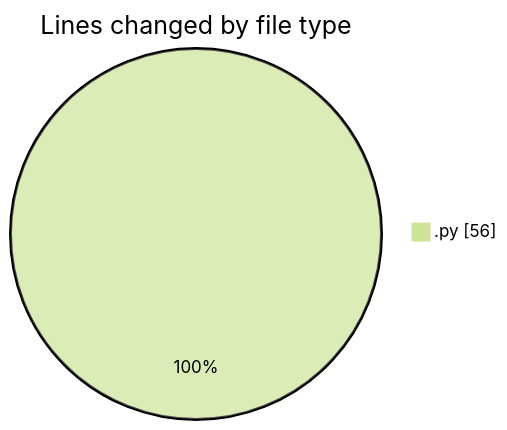
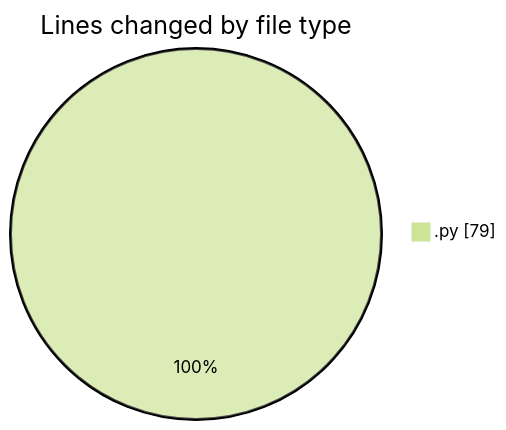
One commit to MatusMokan/code-tracking changed the first of 2 diagrams in 2025-11-15/untitled__workspace_/README.md. Above: the diagram before and after it, drawn with Mermaid (forest theme). The commit also changed other lines of this file and 1 other file, not shown here.

````diff
--- a/2025-11-15/untitled__workspace_/README.md
+++ b/2025-11-15/untitled__workspace_/README.md
@@ -20,5 +20,5 @@
 ```mermaid
 pie showData
 title Lines changed by file type
-".py" : 56
+".py" : 79
 ```
````
